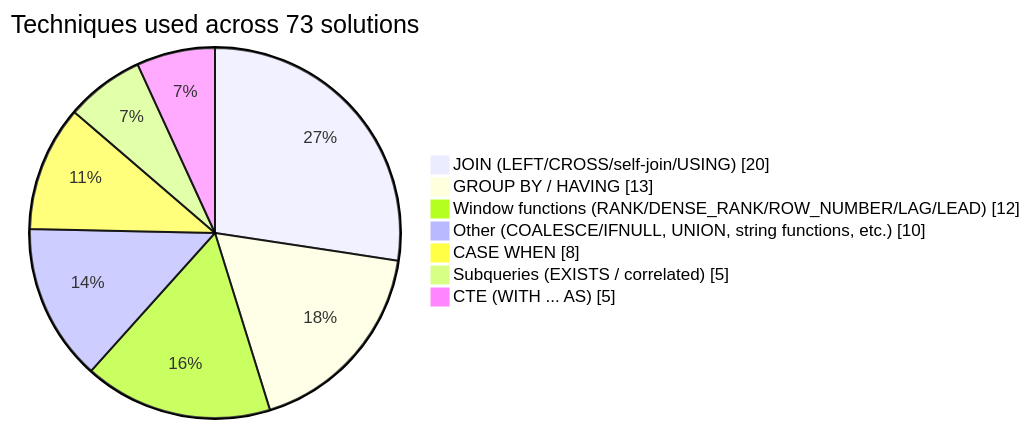
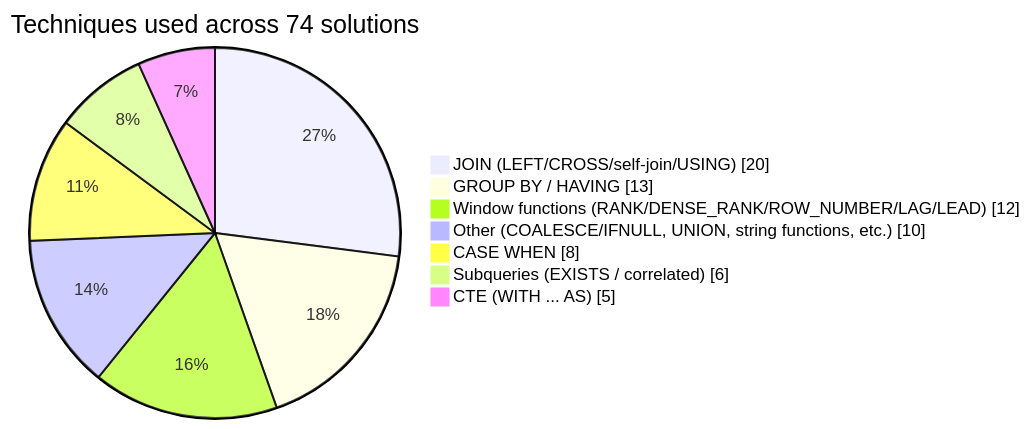
The diagram in README.md (ruhlanrzayev/LeetCode_SQL_Problems), drawn with Mermaid before and after one commit. The commit also changed other lines of this file, not shown here.

Commit message:
chore: auto-update technique breakdown chart

````diff
--- a/README.md
+++ b/README.md
@@ -11,11 +11,11 @@
 ```mermaid
 pie showData
-    title Techniques used across 73 solutions
+    title Techniques used across 74 solutions
     "JOIN (LEFT/CROSS/self-join/USING)" : 20
     "GROUP BY / HAVING" : 13
     "Window functions (RANK/DENSE_RANK/ROW_NUMBER/LAG/LEAD)" : 12
     "Other (COALESCE/IFNULL, UNION, string functions, etc.)" : 10
     "CASE WHEN" : 8
-    "Subqueries (EXISTS / correlated)" : 5
+    "Subqueries (EXISTS / correlated)" : 6
     "CTE (WITH ... AS)" : 5
 ```
````
